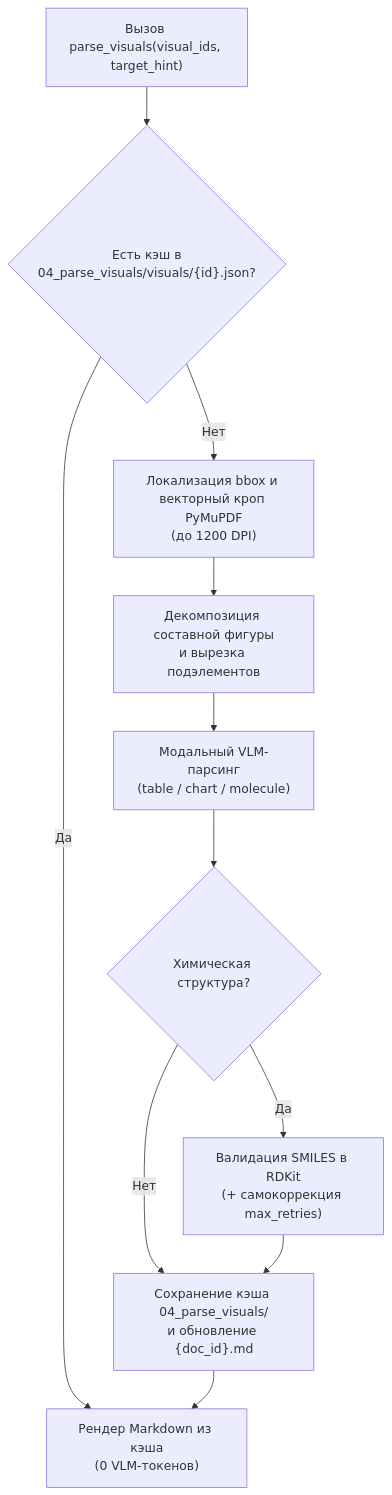
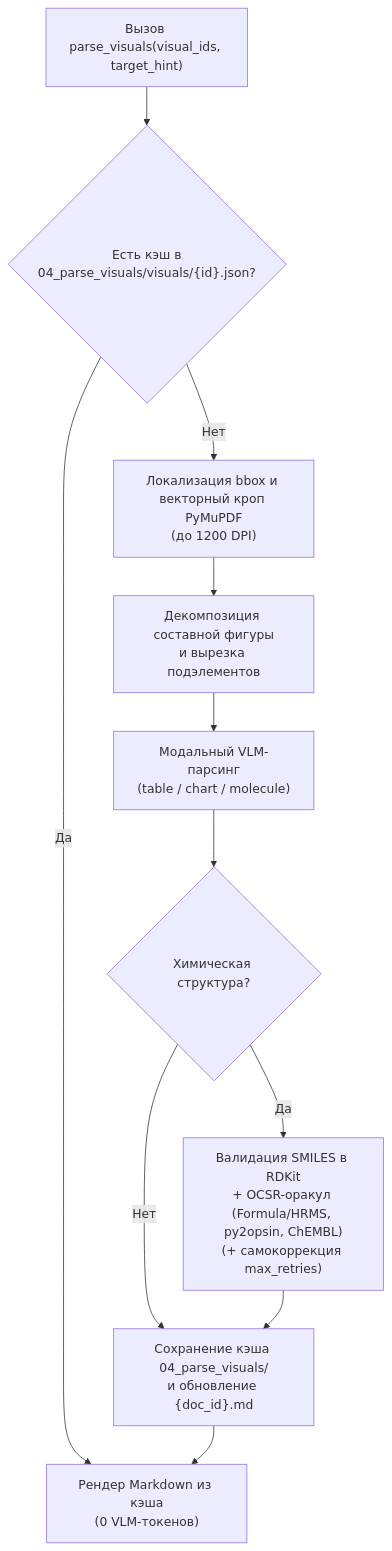
Before and after one commit to arutamonofu/adaptive-extractor: the second of 5 diagrams in docs/architecture.md, drawn with Mermaid. The commit also changed other lines of this file and 4 other files, not shown here.

Commit message:
docs: update README, architecture, guide, methodology, and ADR-006..010

````diff
--- a/docs/architecture.md
+++ b/docs/architecture.md
@@ -59,13 +59,13 @@
 ```mermaid
 flowchart TD
     A["Вызов parse_visuals(visual_ids, target_hint)"] --> B{"Есть кэш в<br/>04_parse_visuals/visuals/{id}.json?"}
     B -- Да --> G["Рендер Markdown из кэша<br/>(0 VLM-токенов)"]
     B -- Нет --> C["Локализация bbox и векторный кроп PyMuPDF<br/>(до 1200 DPI)"]
     C --> D["Декомпозиция составной фигуры<br/>и вырезка подэлементов"]
     D --> E["Модальный VLM-парсинг<br/>(table / chart / molecule)"]
     E --> F{"Химическая структура?"}
-    F -- Да --> V["Валидация SMILES в RDKit<br/>(+ самокоррекция max_retries)"]
+    F -- Да --> V["Валидация SMILES в RDKit<br/>+ OCSR-оракул (Formula/HRMS, py2opsin, ChEMBL)<br/>(+ самокоррекция max_retries)"]
     F -- Нет --> H["Сохранение кэша 04_parse_visuals/<br/>и обновление {doc_id}.md"]
     V --> H
     H --> G
 ```
````
